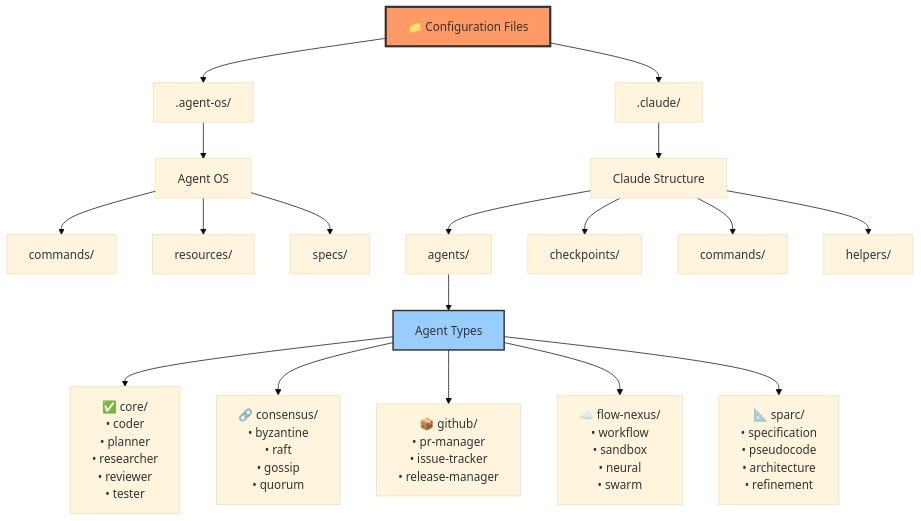
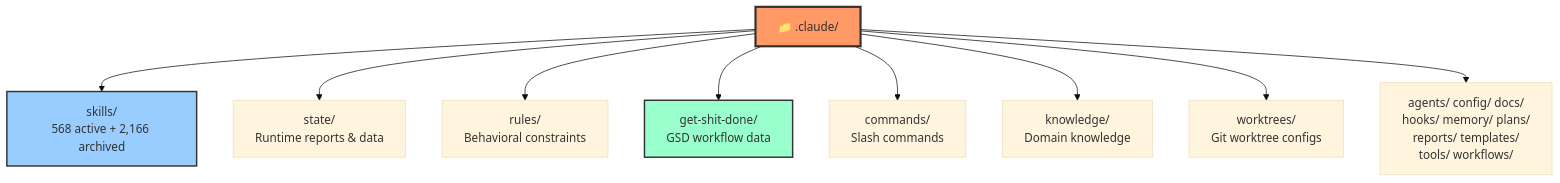
Before and after one commit to vamseeachanta/workspace-hub: the second of 4 diagrams in docs/modules/ai-native/workspace-hub-structure.md, drawn with Mermaid (base theme). The commit also changed other lines of this file, not shown here.

Commit message:
docs: refresh workspace-hub-structure.md — fix stale directory refs (#1571)

````diff
--- a/docs/modules/ai-native/workspace-hub-structure.md
+++ b/docs/modules/ai-native/workspace-hub-structure.md
@@ -74,28 +36,17 @@
 ```mermaid
 graph TB
-    CONFIG[📁 Configuration Files]
+    CLAUDE[📁 .claude/]
 
-    CONFIG --> AGOS[.agent-os/]
-    CONFIG --> CLAUDE[.claude/]
+    CLAUDE --> SKILLS["skills/<br/>568 active + 2,166 archived"]
+    CLAUDE --> STATE["state/<br/>Runtime reports & data"]
+    CLAUDE --> RULES["rules/<br/>Behavioral constraints"]
+    CLAUDE --> GSD["get-shit-done/<br/>GSD workflow data"]
+    CLAUDE --> COMMANDS["commands/<br/>Slash commands"]
+    CLAUDE --> KNOWLEDGE["knowledge/<br/>Domain knowledge"]
+    CLAUDE --> WORKTREES["worktrees/<br/>Git worktree configs"]
+    CLAUDE --> OTHER2["agents/ config/ docs/<br/>hooks/ memory/ plans/<br/>reports/ templates/<br/>tools/ workflows/"]
 
-    AGOS --> AOSUB[Agent OS]
-    AOSUB --> AOCMD[commands/]
-    AOSUB --> AORES[resources/]
-    AOSUB --> AOSPEC[specs/]
-
-    CLAUDE --> CLSUB[Claude Structure]
-    CLSUB --> AGENTS[agents/]
-    CLSUB --> CHECK[checkpoints/]
-    CLSUB --> CLCMD[commands/]
-    CLSUB --> HELP[helpers/]
-
-    AGENTS --> AGTYPES[Agent Types]
-    AGTYPES --> AGCORE["✅ core/<br/>• coder<br/>• planner<br/>• researcher<br/>• reviewer<br/>• tester"]
-    AGTYPES --> AGCON["🔗 consensus/<br/>• byzantine<br/>• raft<br/>• gossip<br/>• quorum"]
-    AGTYPES --> AGGH["📦 github/<br/>• pr-manager<br/>• issue-tracker<br/>• release-manager"]
-    AGTYPES --> AGFN["☁️ flow-nexus/<br/>• workflow<br/>• sandbox<br/>• neural<br/>• swarm"]
-    AGTYPES --> AGSPARC["📐 sparc/<br/>• specification<br/>• pseudocode<br/>• architecture<br/>• refinement"]
-
-    style CONFIG fill:#f96,stroke:#333,stroke-width:3px
-    style AGTYPES fill:#9cf,stroke:#333,stroke-width:2px
+    style CLAUDE fill:#f96,stroke:#333,stroke-width:3px
+    style SKILLS fill:#9cf,stroke:#333,stroke-width:2px
+    style GSD fill:#9fc,stroke:#333,stroke-width:2px
 ```
````
